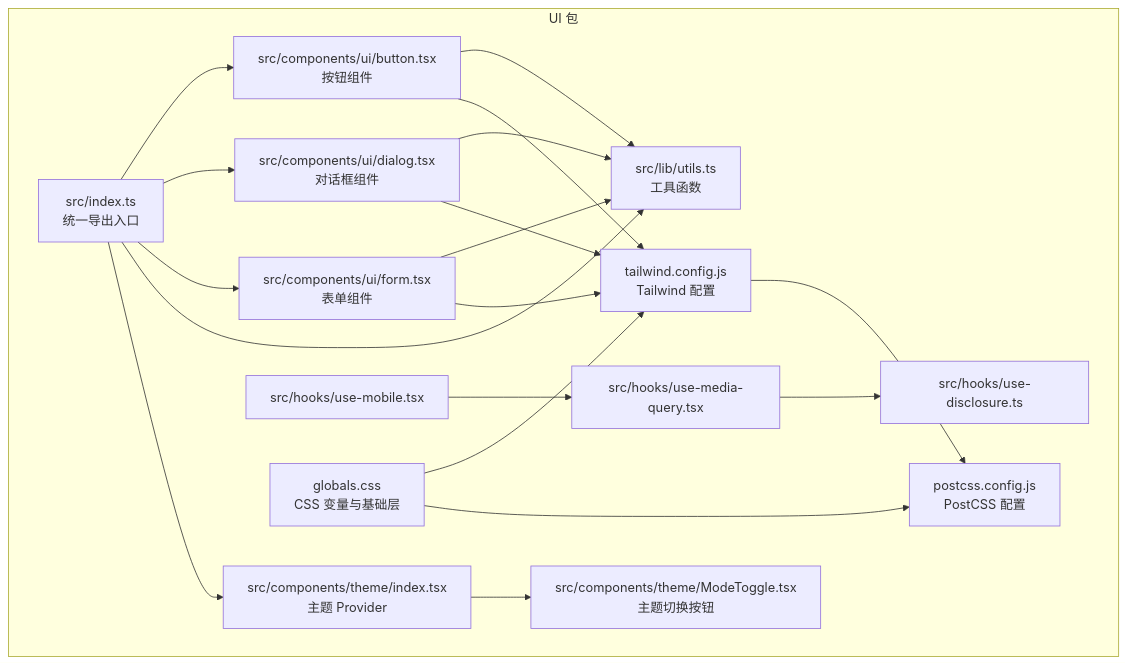
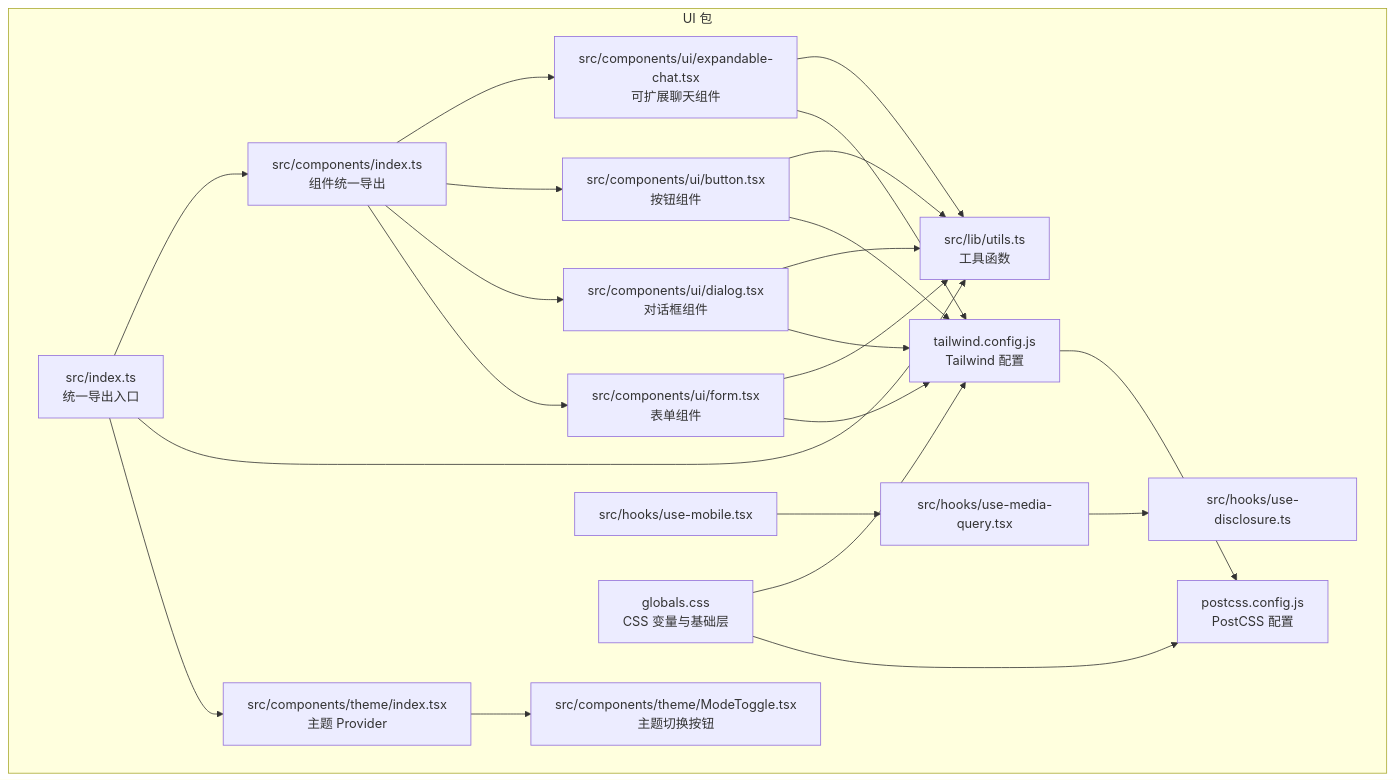
The first of 14 diagrams in .qoder/repowiki/zh/content/架构设计/UI组件架构/UI组件架构.md (LRF0422/Kotion), drawn with Mermaid before and after one commit. The commit also changed other lines of this file and 10 other files, not shown here.

````diff
--- a/.qoder/repowiki/zh/content/架构设计/UI组件架构/UI组件架构.md
+++ b/.qoder/repowiki/zh/content/架构设计/UI组件架构/UI组件架构.md
@@ -53,35 +54,41 @@
 ```mermaid
 graph TB
 subgraph "UI 包"
 IDX["src/index.ts<br/>统一导出入口"]
+COMPIDX["src/components/index.ts<br/>组件统一导出"]
 LIB["src/lib/utils.ts<br/>工具函数"]
 THEME["src/components/theme/index.tsx<br/>主题 Provider"]
 MODE["src/components/theme/ModeToggle.tsx<br/>主题切换按钮"]
 BTN["src/components/ui/button.tsx<br/>按钮组件"]
 DIALOG["src/components/ui/dialog.tsx<br/>对话框组件"]
 FORM["src/components/ui/form.tsx<br/>表单组件"]
+EXPCHAT["src/components/ui/expandable-chat.tsx<br/>可扩展聊天组件"]
 H1["src/hooks/use-mobile.tsx"]
 H2["src/hooks/use-media-query.tsx"]
 H3["src/hooks/use-disclosure.ts"]
 TW["tailwind.config.js<br/>Tailwind 配置"]
 CSS["globals.css<br/>CSS 变量与基础层"]
 POSTCSS["postcss.config.js<br/>PostCSS 配置"]
 end
-IDX --> BTN
-IDX --> DIALOG
-IDX --> FORM
+COMPIDX --> EXPCHAT
+COMPIDX --> BTN
+COMPIDX --> DIALOG
+COMPIDX --> FORM
+IDX --> COMPIDX
 IDX --> LIB
 IDX --> THEME
 THEME --> MODE
 BTN --> LIB
 DIALOG --> LIB
 FORM --> LIB
+EXPCHAT --> LIB
 H1 --> H2
 H2 --> H3
 BTN --> TW
 DIALOG --> TW
 FORM --> TW
+EXPCHAT --> TW
 CSS --> TW
 CSS --> POSTCSS
 TW --> POSTCSS
 ```
````
